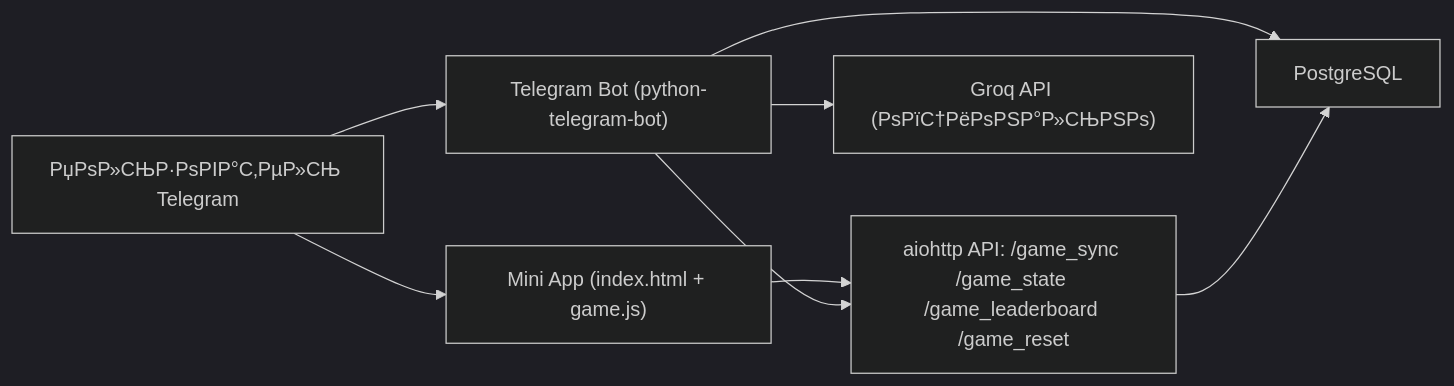
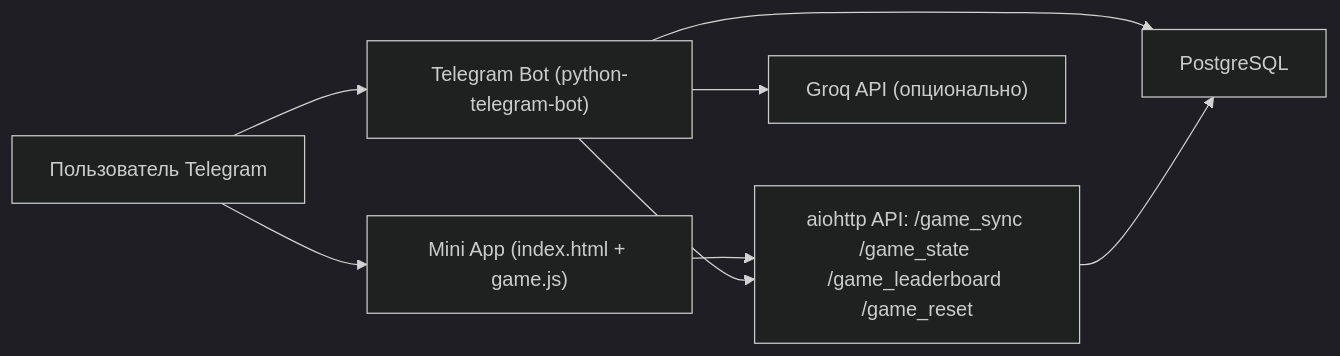
The diagram in README.md (Ygud2962/telegram-bot), drawn with Mermaid (dark theme) before and after one commit. The commit also changed other lines of this file and 1 other file, not shown here.

````diff
--- a/README.md
+++ b/README.md
@@ -80,10 +80,10 @@
 ```mermaid
 flowchart LR
-  U["РџРѕР»СЊР·РѕРІР°С‚РµР»СЊ Telegram"] --> B["Telegram Bot (python-telegram-bot)"]
+  U["Пользователь Telegram"] --> B["Telegram Bot (python-telegram-bot)"]
   U --> W["Mini App (index.html + game.js)"]
   B --> D["PostgreSQL"]
   W --> A["aiohttp API: /game_sync /game_state /game_leaderboard /game_reset"]
   A --> D
   B --> A
-  B --> G["Groq API (РѕРїС†РёРѕРЅР°Р»СЊРЅРѕ)"]
+  B --> G["Groq API (опционально)"]
 ```
````
